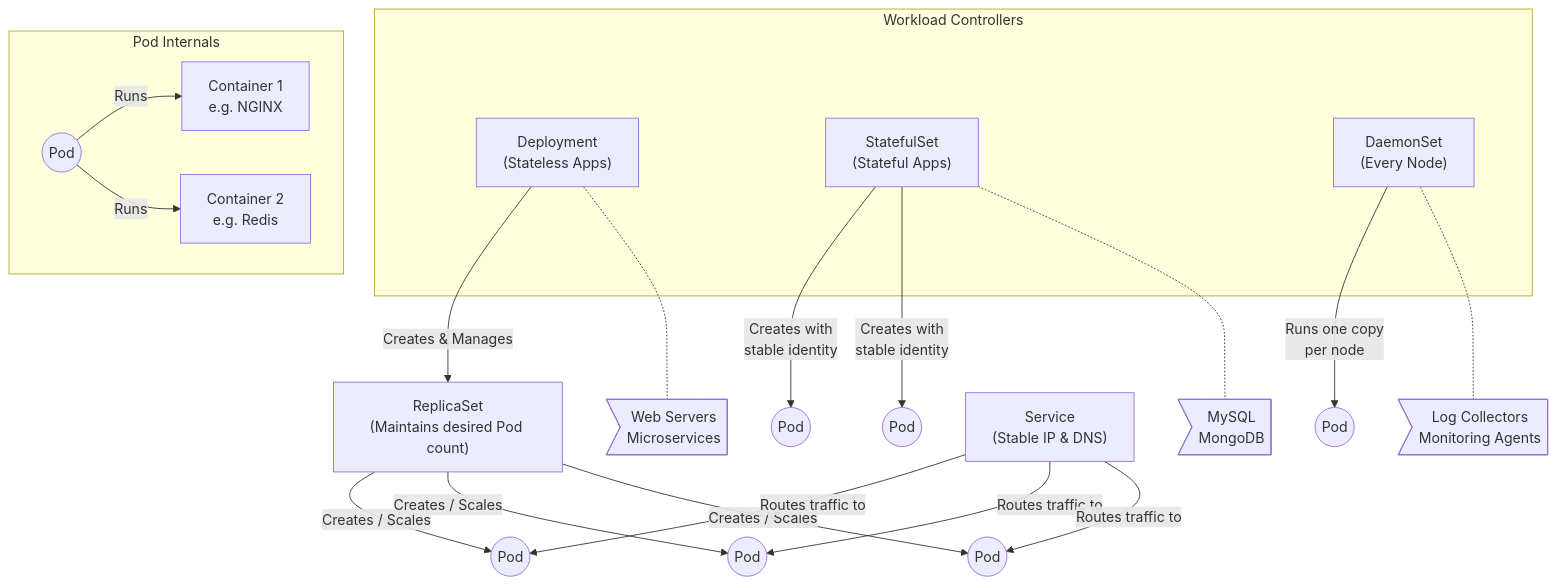
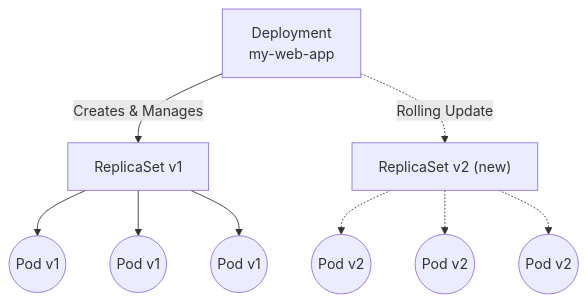
One commit to deenamanick/Intro-Devops changed the fourth of 8 diagrams in k8s.md. Above: the diagram before and after it, drawn with Mermaid. The commit also changed other lines of this file, not shown here.

````diff
--- a/k8s.md
+++ b/k8s.md
@@ -98,31 +135,12 @@
 ```mermaid
 graph TD
-  subgraph Workload Controllers
-    DEP["Deployment\n(Stateless Apps)"]
-    SS["StatefulSet\n(Stateful Apps)"]
-    DS["DaemonSet\n(Every Node)"]
-  end
-
-  DEP -->|Creates & Manages| RS["ReplicaSet\n(Maintains desired Pod count)"]
-  RS -->|Creates / Scales| P1((Pod))
-  RS -->|Creates / Scales| P2((Pod))
-  RS -->|Creates / Scales| P3((Pod))
-
-  SS -->|Creates with\nstable identity| P4((Pod))
-  SS -->|Creates with\nstable identity| P5((Pod))
-
-  DS -->|Runs one copy\nper node| P6((Pod))
-
-  subgraph Pod Internals
-    PA((Pod)) -->|Runs| C1[Container 1\ne.g. NGINX]
-    PA -->|Runs| C2[Container 2\ne.g. Redis]
-  end
-
-  SVC["Service\n(Stable IP & DNS)"] -->|Routes traffic to| P1
-  SVC -->|Routes traffic to| P2
-  SVC -->|Routes traffic to| P3
-
-  DEP -.- EX1>"Web Servers\nMicroservices"]
-  SS -.- EX2>"MySQL\nMongoDB"]
-  DS -.- EX3>"Log Collectors\nMonitoring Agents"]
+  DEP[Deployment\nmy-web-app]
+  DEP -->|Creates & Manages| RS1["ReplicaSet v1"]
+  DEP -.->|Rolling Update| RS2["ReplicaSet v2 (new)"]
+  RS1 --> P1((Pod v1))
+  RS1 --> P2((Pod v1))
+  RS1 --> P3((Pod v1))
+  RS2 -.-> P4((Pod v2))
+  RS2 -.-> P5((Pod v2))
+  RS2 -.-> P6((Pod v2))
 ```
````
